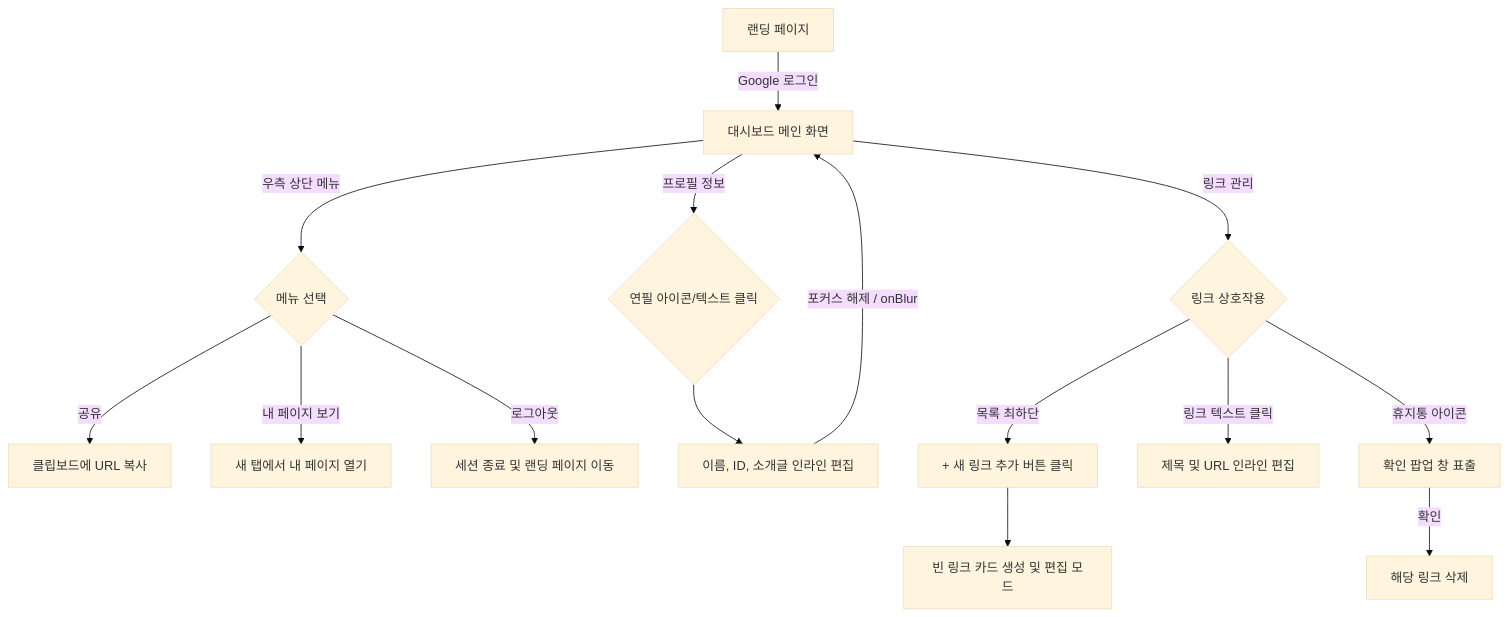
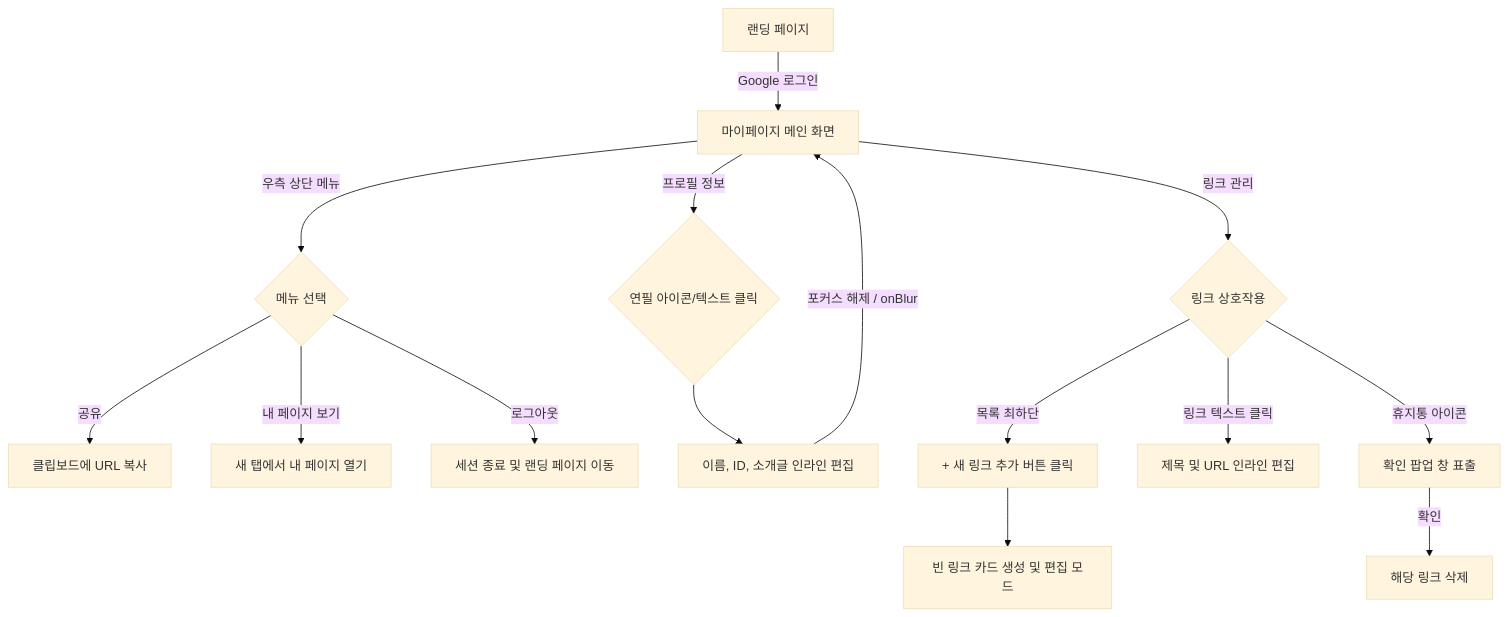
The diagram in docs/WIREFRAME.md (minseong-7/my-link), drawn with Mermaid (base theme) before and after one commit. The commit also changed other lines of this file and 6 other files, not shown here.

````diff
--- a/docs/WIREFRAME.md
+++ b/docs/WIREFRAME.md
@@ -65,23 +65,23 @@
 ```mermaid
 graph TD
-    A[랜딩 페이지] -->|Google 로그인| B[대시보드 메인 화면]
+    A[랜딩 페이지] -->|Google 로그인| B[마이페이지 메인 화면]
     
     %% 상단 메뉴 흐름
     B -->|우측 상단 메뉴| C{메뉴 선택}
     C -->|공유| C1[클립보드에 URL 복사]
     C -->|내 페이지 보기| C2[새 탭에서 내 페이지 열기]
     C -->|로그아웃| C3[세션 종료 및 랜딩 페이지 이동]
     
     %% 프로필 관리 흐름
     B -->|프로필 정보| D{연필 아이콘/텍스트 클릭}
     D --> D1[이름, ID, 소개글 인라인 편집]
     D1 -->|포커스 해제 / onBlur| B
     
     %% 링크 관리 흐름
     B -->|링크 관리| E{링크 상호작용}
     E -->|목록 최하단| E1[+ 새 링크 추가 버튼 클릭]
     E1 --> E2[빈 링크 카드 생성 및 편집 모드]
     E -->|링크 텍스트 클릭| E3[제목 및 URL 인라인 편집]
     E -->|휴지통 아이콘| E4[확인 팝업 창 표출]
     E4 -->|확인| E5[해당 링크 삭제]
 ```
````
